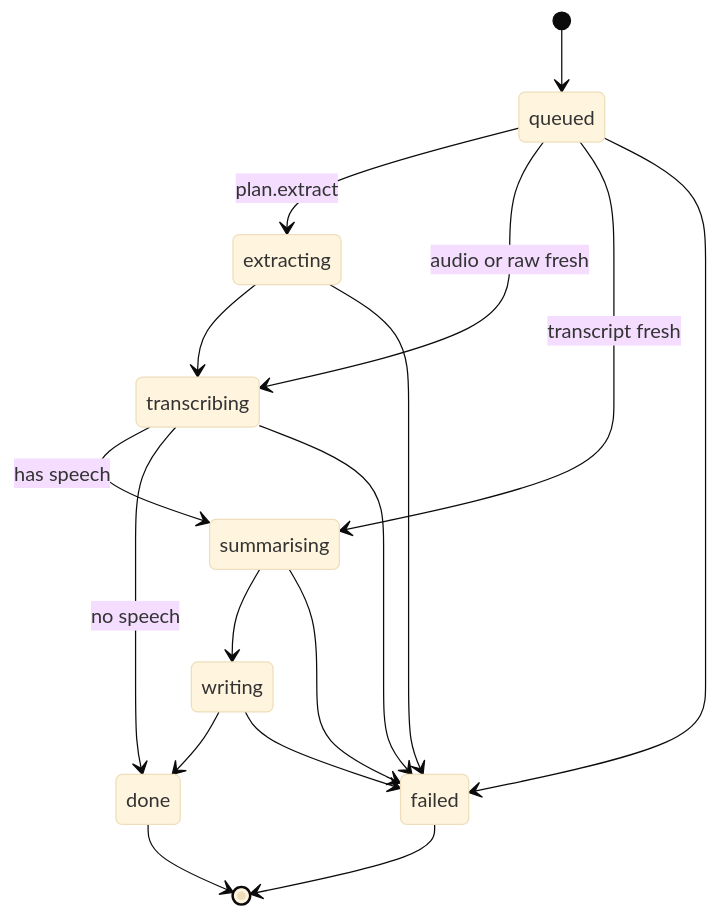
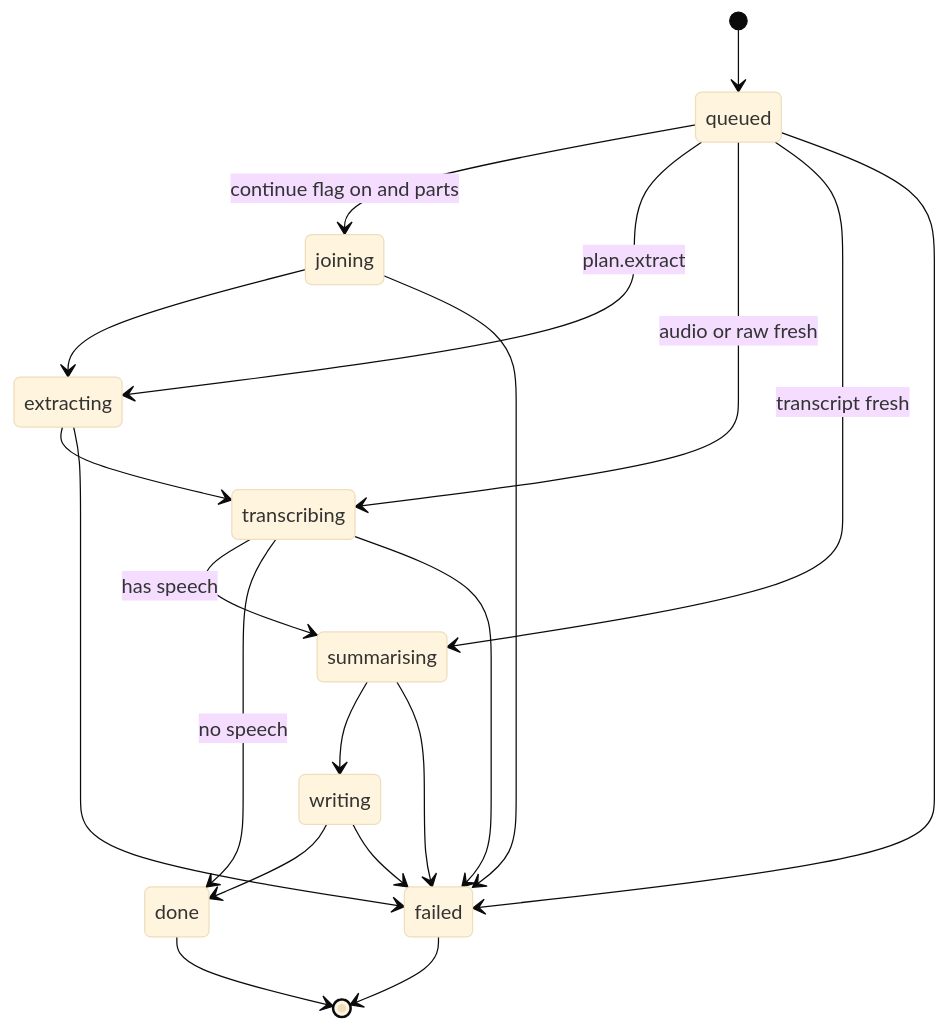
The second of 2 diagrams in docs/features/processing.md (masnun-siam/meeting-manager), drawn with Mermaid (base theme) before and after one commit. The commit also changed other lines of this file and 4 other files, not shown here.

First line of the commit message:
docs(#267): joining parts, the joining stage and the continue flag

````diff
--- a/docs/features/processing.md
+++ b/docs/features/processing.md
@@ -126,19 +130,22 @@
 ```mermaid
 stateDiagram-v2
     [*] --> queued
+    queued --> joining: continue flag on and parts
+    joining --> extracting
     queued --> extracting: plan.extract
     queued --> transcribing: audio or raw fresh
     queued --> summarising: transcript fresh
     extracting --> transcribing
     transcribing --> summarising: has speech
     transcribing --> done: no speech
     summarising --> writing
     writing --> done
     queued --> failed
+    joining --> failed
     extracting --> failed
     transcribing --> failed
     summarising --> failed
     writing --> failed
     done --> [*]
     failed --> [*]
 ```
````
